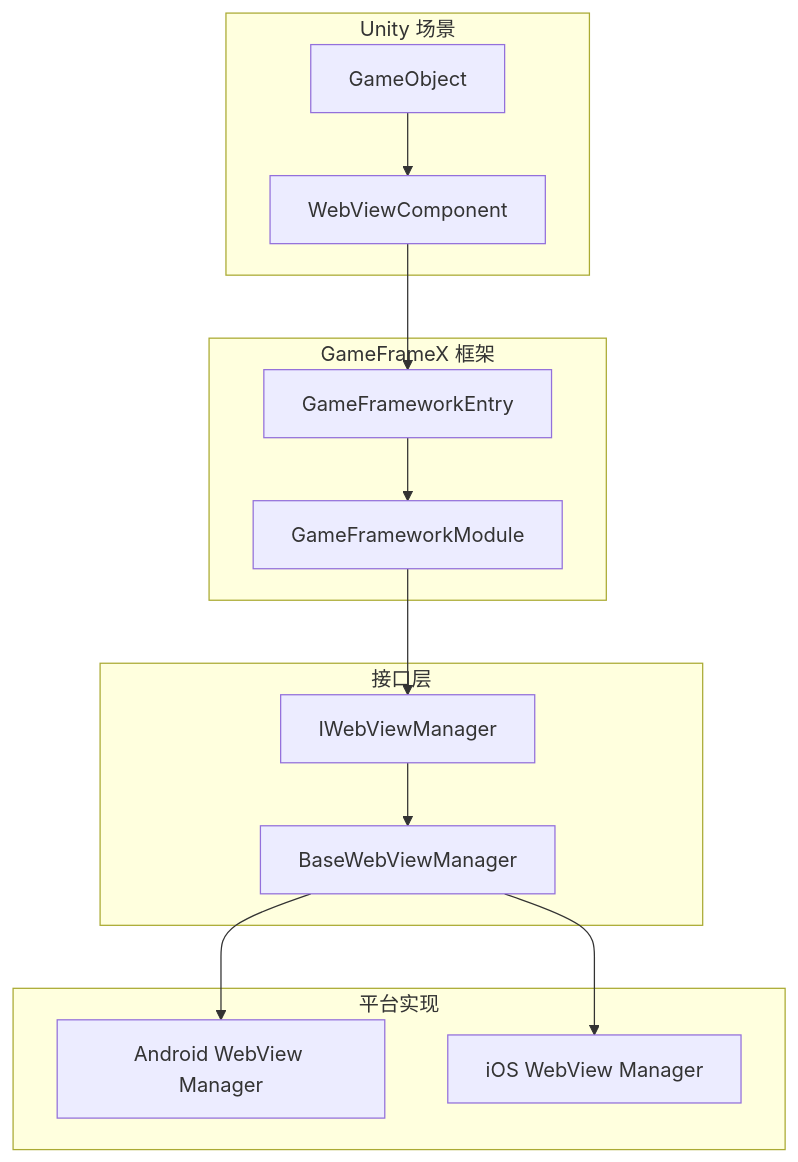
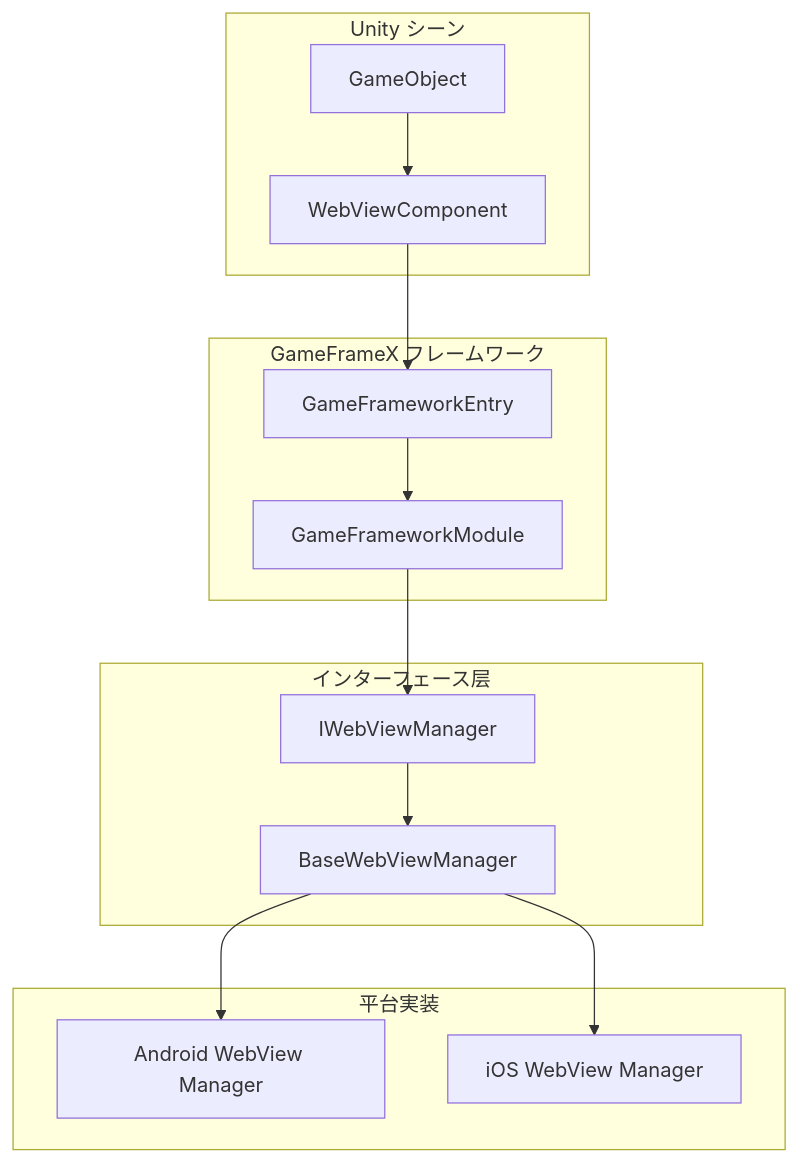
The second of 3 diagrams in docs/ja/client/unity/component/webview/07.troubleshooting.md (AlianBlank/GameFrameX.Docs), drawn with Mermaid before and after one commit. The commit also changed other lines of this file and 603 other files, not shown here.

````diff
--- a/docs/ja/client/unity/component/webview/07.troubleshooting.md
+++ b/docs/ja/client/unity/component/webview/07.troubleshooting.md
@@ -239,30 +239,30 @@
 ```mermaid
 graph TD
-    subgraph Unity["Unity 场景"]
+    subgraph Unity["Unity シーン"]
         GameObj[GameObject]
         WVC[WebViewComponent]
     end
     
-    subgraph GameFrameX["GameFrameX 框架"]
+    subgraph GameFrameX["GameFrameX フレームワーク"]
         GFEntry[GameFrameworkEntry]
         GFModule[GameFrameworkModule]
     end
     
-    subgraph Interface["接口层"]
+    subgraph Interface["インターフェース层"]
         IWM[IWebViewManager]
         BWM[BaseWebViewManager]
     end
     
-    subgraph Platform["平台实现"]
+    subgraph Platform["平台実装"]
         AndroidWM[Android WebView Manager]
         iOSWM[iOS WebView Manager]
     end
     
     GameObj --> WVC
     WVC --> GFEntry
     GFEntry --> GFModule
     GFModule --> IWM
     IWM --> BWM
     BWM --> AndroidWM
     BWM --> iOSWM
 ```
````
